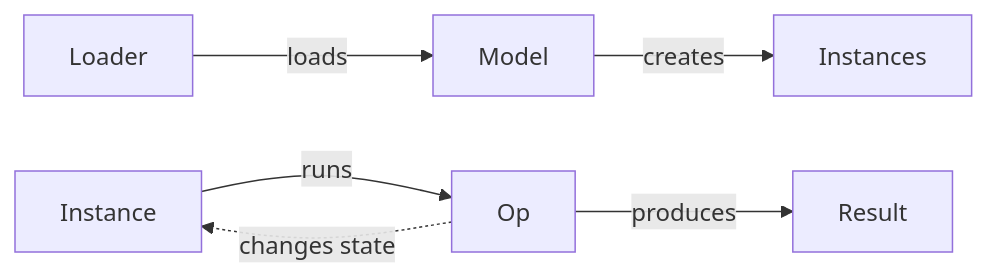
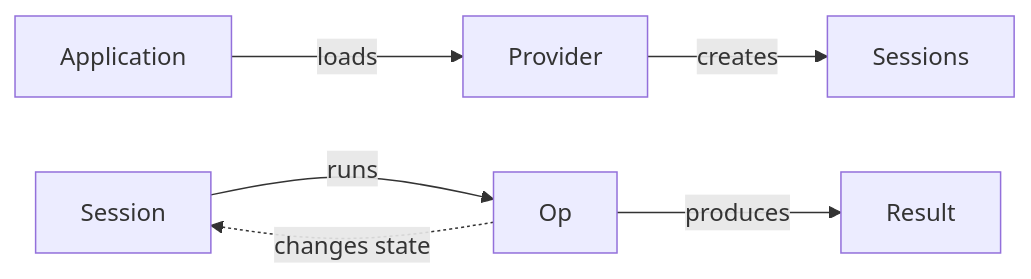
The diagram in doc/intro.md (alpaca-core/alpaca-core-sdk), drawn with Mermaid before and after one commit. The commit also changed other lines of this file and 1 other file, not shown here.

````diff
--- a/doc/intro.md
+++ b/doc/intro.md
@@ -13,7 +11,7 @@
 ```mermaid
 flowchart LR
-  Loader --loads--> Model --creates--> Instances
-  Instance --runs-->Op
-  Op -.changes state.-> Instance 
+  Application --loads--> Provider --creates--> Sessions
+  Session --runs--> Op
+  Op -.changes state.-> Session 
   Op --produces--> Result  
 ```
````
